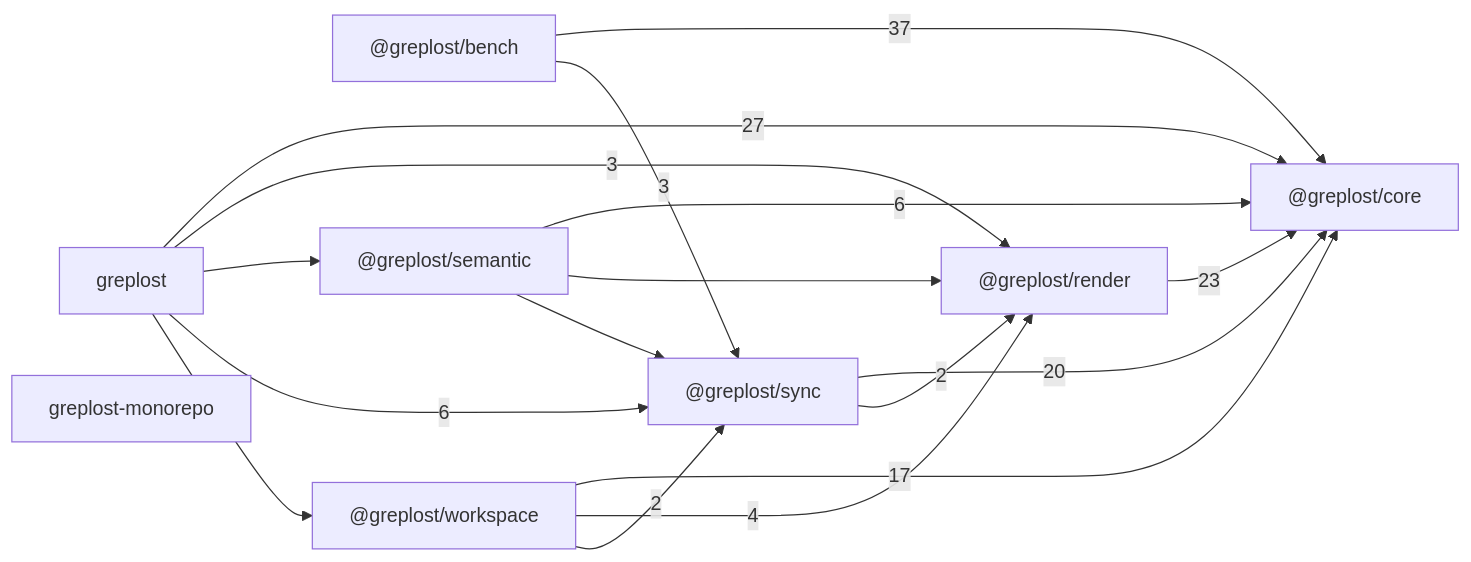
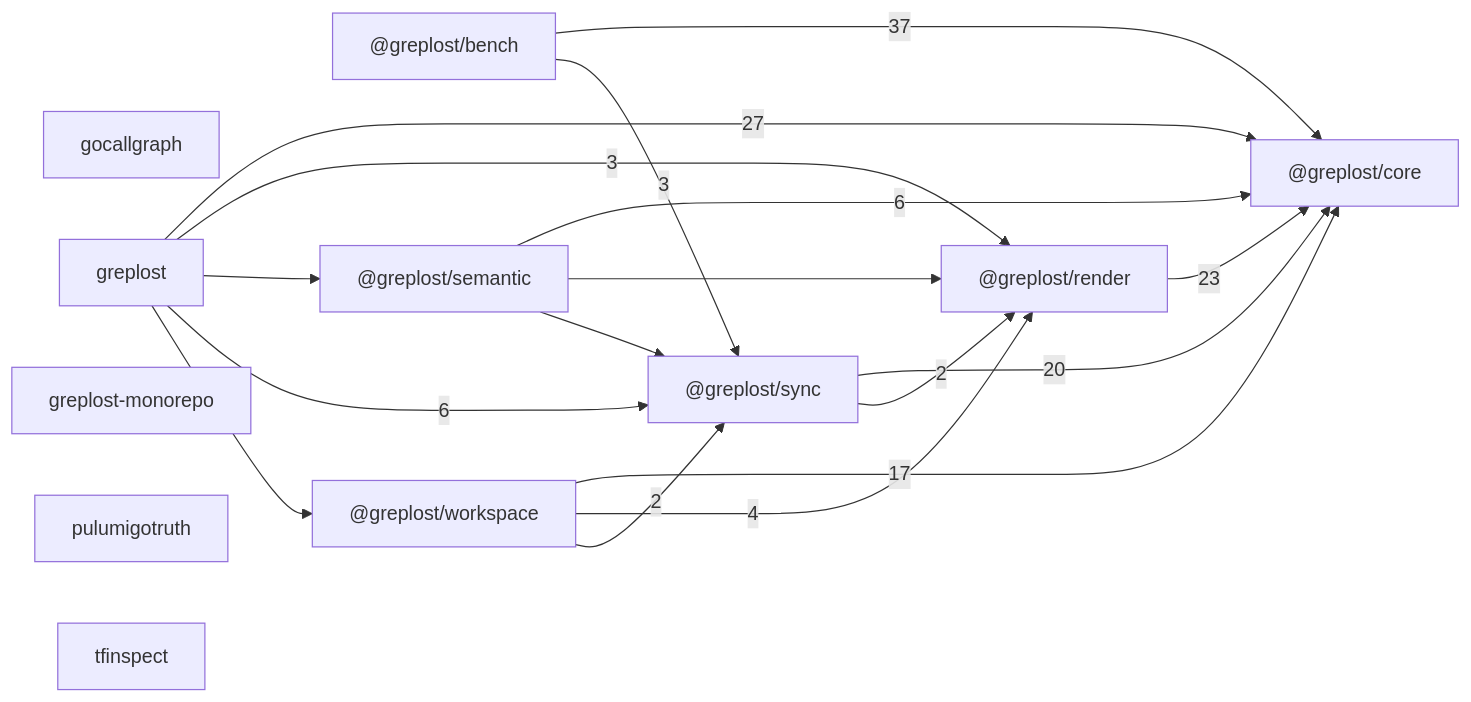
Before and after one commit to sns45/greplost: the diagram in .greplost/repo/MAP.md, drawn with Mermaid. The commit also changed other lines of this file and 13 other files, not shown here.

````diff
--- a/.greplost/repo/MAP.md
+++ b/.greplost/repo/MAP.md
@@ -21,27 +25,30 @@
 ```mermaid
 graph LR
   _greplost_bench["@greplost/bench"]
   _greplost_core["@greplost/core"]
   _greplost_render["@greplost/render"]
   _greplost_semantic["@greplost/semantic"]
   _greplost_sync["@greplost/sync"]
   _greplost_workspace["@greplost/workspace"]
+  gocallgraph["gocallgraph"]
   greplost["greplost"]
   greplost_monorepo["greplost-monorepo"]
+  pulumigotruth["pulumigotruth"]
+  tfinspect["tfinspect"]
   _greplost_bench -->|37| _greplost_core
   _greplost_bench -->|3| _greplost_sync
   _greplost_render -->|23| _greplost_core
   _greplost_semantic -->|6| _greplost_core
   _greplost_semantic --> _greplost_render
   _greplost_semantic --> _greplost_sync
   _greplost_sync -->|20| _greplost_core
   _greplost_sync -->|2| _greplost_render
   _greplost_workspace -->|17| _greplost_core
   _greplost_workspace -->|4| _greplost_render
   _greplost_workspace -->|2| _greplost_sync
   greplost -->|27| _greplost_core
   greplost -->|3| _greplost_render
   greplost --> _greplost_semantic
   greplost -->|6| _greplost_sync
   greplost --> _greplost_workspace
 ```
````
